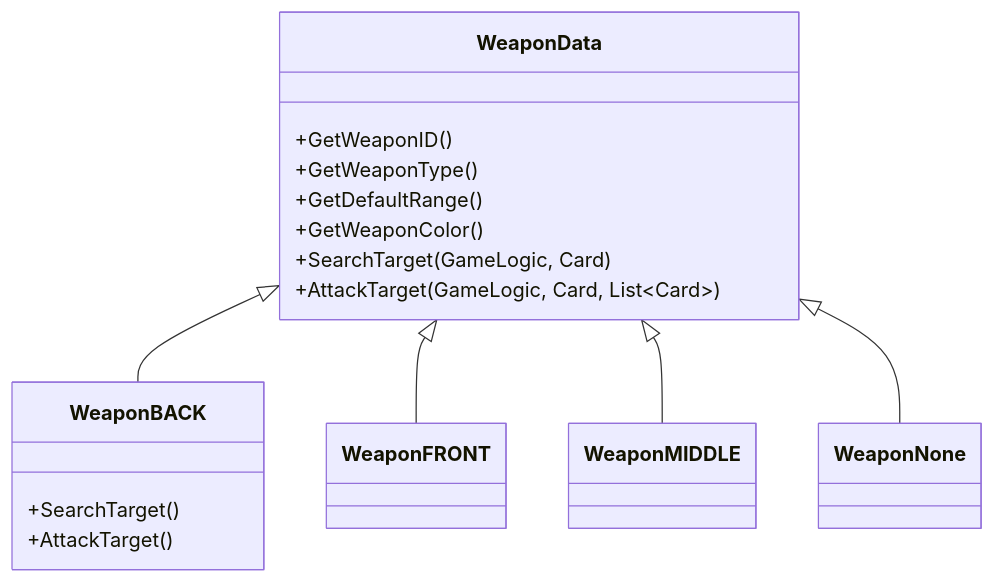
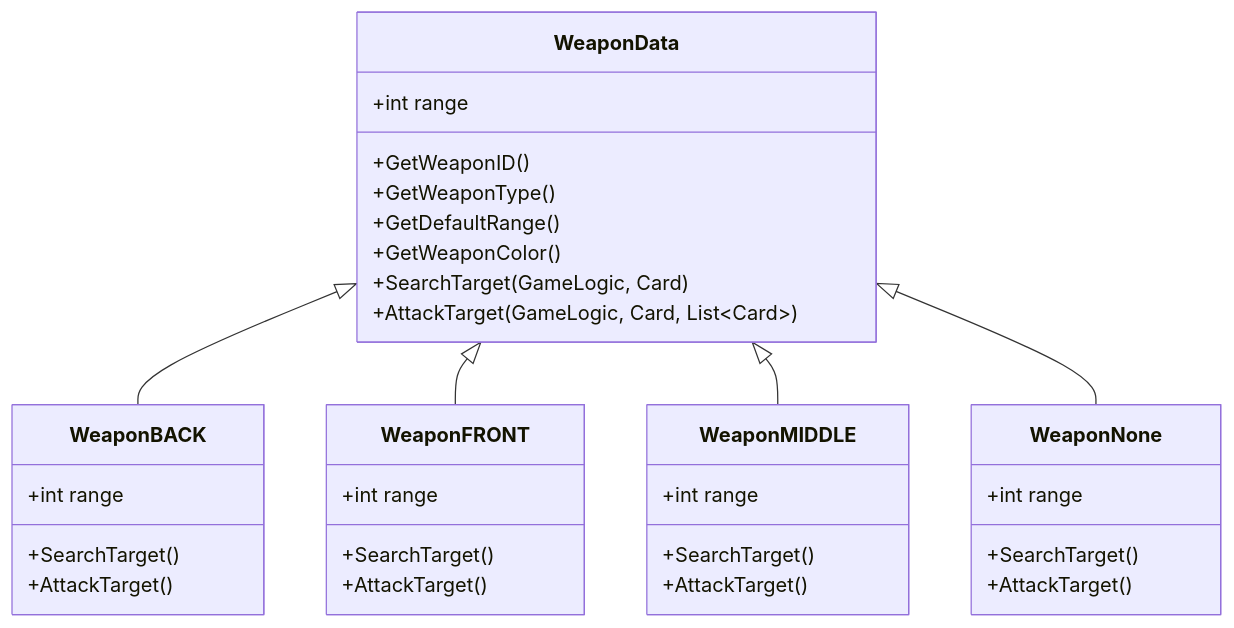
One commit to rosaa9979/CardArchive changed the ninth of 9 diagrams in README.md. Above: the diagram before and after it, drawn with Mermaid.

Commit message:
Refactor weapon class diagram in README

````diff
--- a/README.md
+++ b/README.md
@@ -290,26 +290,37 @@
 ```mermaid
 classDiagram
     class WeaponData {
+        +int range
         +GetWeaponID()
         +GetWeaponType()
         +GetDefaultRange()
         +GetWeaponColor()
         +SearchTarget(GameLogic, Card)
         +AttackTarget(GameLogic, Card, List~Card~)
     }
-    class WeaponBACK {
+    class WeaponNone {
+        +int range
         +SearchTarget()
         +AttackTarget()
     }
     class WeaponFRONT {
+        +int range
+        +SearchTarget()
+        +AttackTarget()
     }
     class WeaponMIDDLE {
+        +int range
+        +SearchTarget()
+        +AttackTarget()
     }
-    class WeaponNone {
+    class WeaponBACK {
+        +int range
+        +SearchTarget()
+        +AttackTarget()
     }
 
     WeaponData <|-- WeaponBACK
     WeaponData <|-- WeaponFRONT
     WeaponData <|-- WeaponMIDDLE
     WeaponData <|-- WeaponNone
 ```
````
